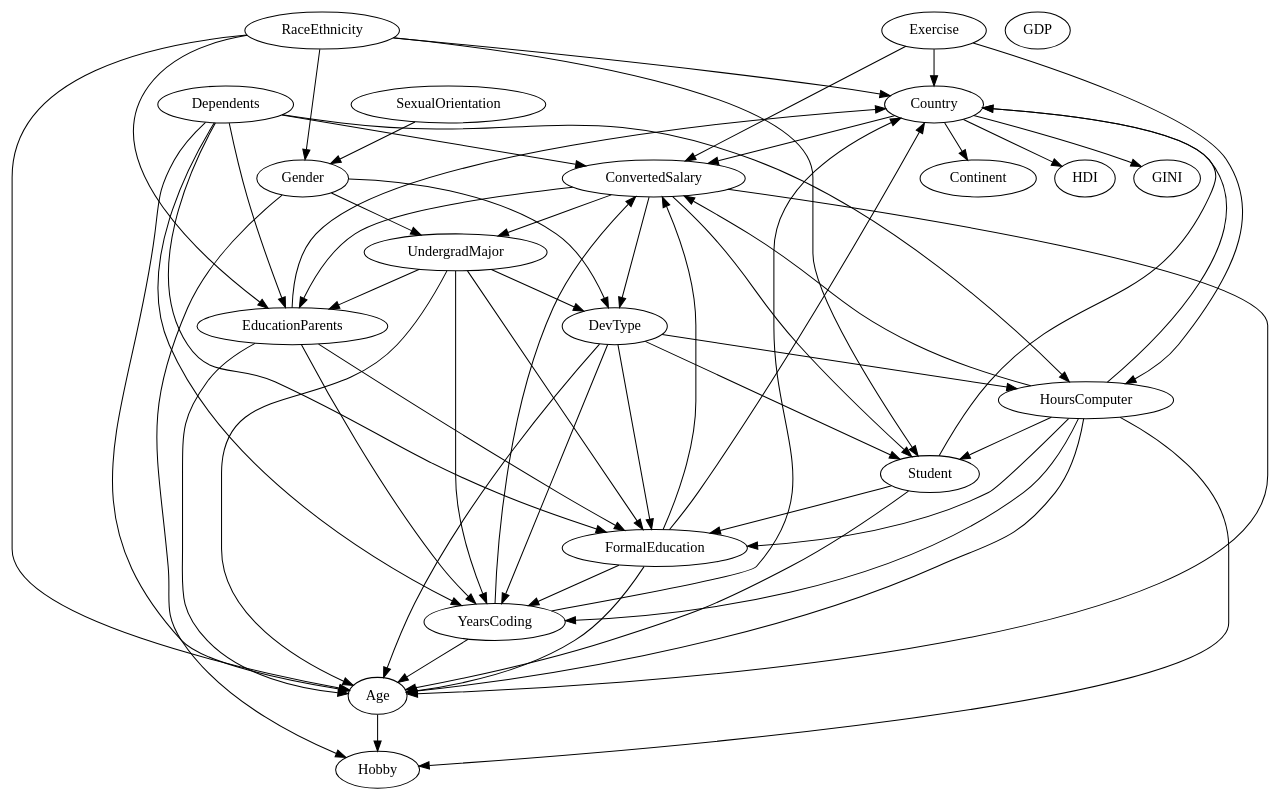
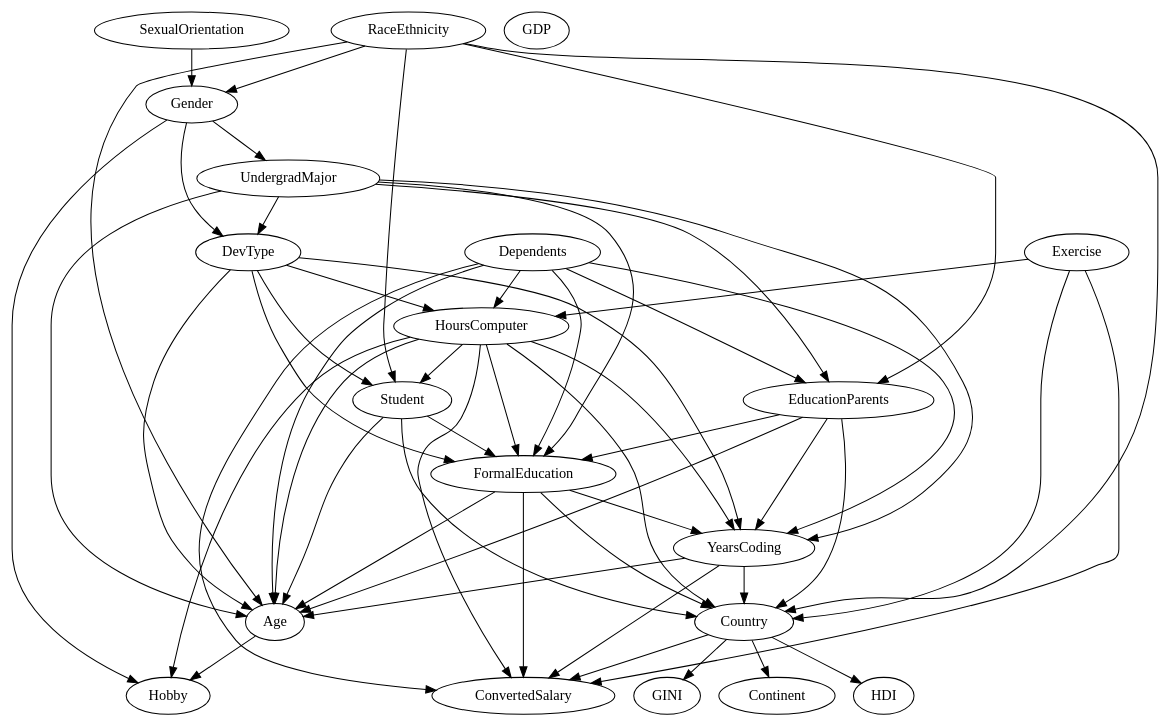
One commit to bentondecusin/FairCAP changed the diagram in data/stackoverflow/pc_chisq/pc_chisq.dot. Above: the diagram before and after it, drawn with Graphviz.

Commit message:
Fix cyclicity

```diff
--- a/data/stackoverflow/pc_chisq/pc_chisq.dot
+++ b/data/stackoverflow/pc_chisq/pc_chisq.dot
@@ -1,64 +1,59 @@
 digraph SO_PC_CHISQ_DAG {
 	graph [bb="0,0,0,0"];
 	node [label="\N"];
 	Country -> Continent;
 	Country -> ConvertedSalary;
 	Country -> HDI;
 	Country -> GINI;
 	Student -> Country;
 	Student -> FormalEducation;
 	Student -> Age;
 	FormalEducation -> Country;
 	FormalEducation -> YearsCoding;
 	FormalEducation -> Age;
 	FormalEducation -> ConvertedSalary;
 	UndergradMajor -> FormalEducation;
 	UndergradMajor -> DevType;
 	UndergradMajor -> YearsCoding;
 	UndergradMajor -> EducationParents;
 	UndergradMajor -> Age;
 	DevType -> Student;
 	DevType -> FormalEducation;
 	DevType -> YearsCoding;
 	DevType -> HoursComputer;
 	DevType -> Age;
 	YearsCoding -> Country;
 	YearsCoding -> Age;
 	YearsCoding -> ConvertedSalary;
 	HoursComputer -> Hobby;
 	HoursComputer -> Country;
 	HoursComputer -> Student;
 	HoursComputer -> FormalEducation;
 	HoursComputer -> YearsCoding;
 	HoursComputer -> Age;
 	HoursComputer -> ConvertedSalary;
 	Exercise -> Country;
 	Exercise -> HoursComputer;
 	Exercise -> ConvertedSalary;
 	Gender -> Hobby;
 	Gender -> UndergradMajor;
 	Gender -> DevType;
 	SexualOrientation -> Gender;
 	EducationParents -> Country;
 	EducationParents -> FormalEducation;
 	EducationParents -> YearsCoding;
 	EducationParents -> Age;
 	RaceEthnicity -> Country;
 	RaceEthnicity -> Student;
 	RaceEthnicity -> Gender;
 	RaceEthnicity -> EducationParents;
 	RaceEthnicity -> Age;
 	Dependents -> FormalEducation;
 	Dependents -> YearsCoding;
 	Dependents -> HoursComputer;
 	Dependents -> EducationParents;
 	Dependents -> Age;
 	Dependents -> ConvertedSalary;
 	Age -> Hobby;
-	ConvertedSalary -> Student;
-	ConvertedSalary -> UndergradMajor;
-	ConvertedSalary -> DevType;
-	ConvertedSalary -> EducationParents;
-	ConvertedSalary -> Age;
 	GDP;
 }
```
